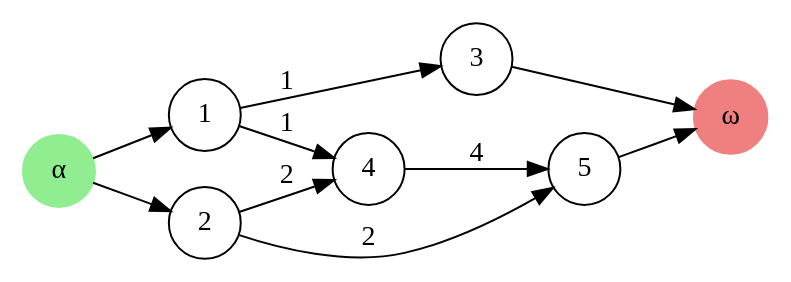
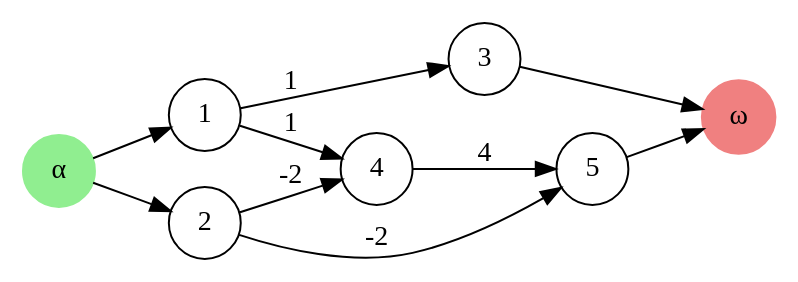
Before and after one commit to ktzkvin/GraphProjectL3: the diagram in data/graph.gv, drawn with Graphviz. The commit also changed 5 other files, not shown here.

```diff
--- a/data/graph.gv
+++ b/data/graph.gv
@@ -1,20 +1,20 @@
 // Graphe de contraintes
 digraph {
 	rankdir=LR
 	1 [label=1 shape=circle]
 	2 [label=2 shape=circle]
 	3 [label=3 shape=circle]
 	4 [label=4 shape=circle]
 	5 [label=5 shape=circle]
 	1 -> 3 [label=1]
 	1 -> 4 [label=1]
-	2 -> 4 [label=2]
-	2 -> 5 [label=2]
+	2 -> 4 [label=-2]
+	2 -> 5 [label=-2]
 	4 -> 5 [label=4]
 	Alpha [label="α" color=lightgreen shape=circle style=filled]
 	Alpha -> 1 [label=""]
 	Alpha -> 2 [label=""]
 	Omega [label="ω" color=lightcoral shape=circle style=filled]
 	3 -> Omega [label=""]
 	5 -> Omega [label=""]
 }
```
